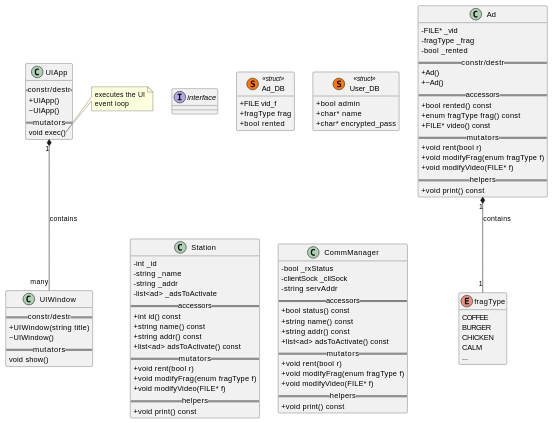
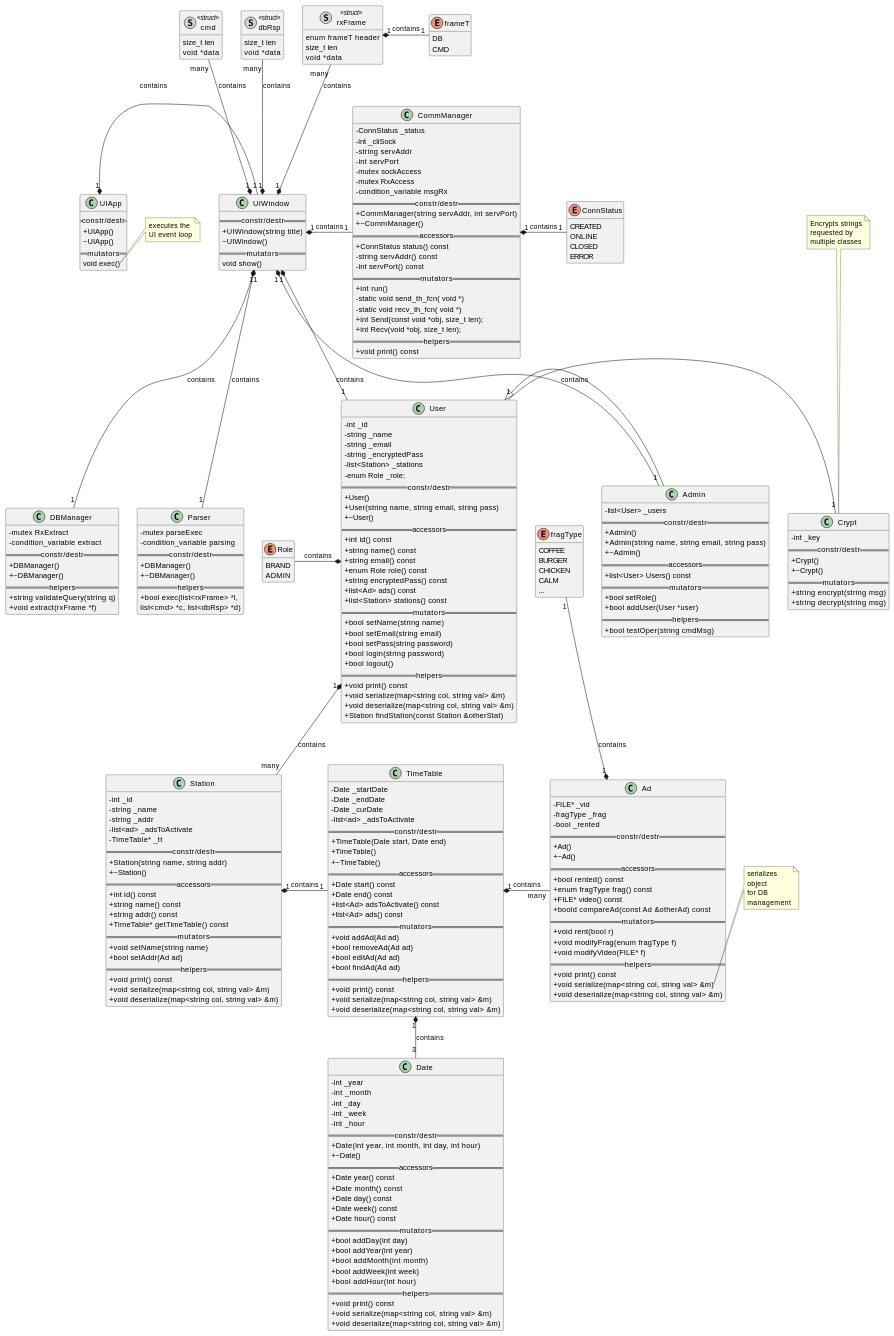
Before and after one commit to ElectroQuanta/MDO: diagram 57 of 59 in Proj/readme.org, drawn with PlantUML. The commit also changed 3 other files, not shown here.

```diff
--- a/Proj/readme.org
+++ b/Proj/readme.org
@@ -3440,14 +3440,39 @@
 '' --------------------------------------------------------------
 
 '' ------- defining elements --------
-interface       interface
-'' structures
-class Ad_DB <<(S,#FF7700)struct>>
-class User_DB <<(S,#FF7700)struct>>
+''interface       interface
+'' ------- structures
+''class Ad_DB <<(S,#FF7700)struct>>
+''class User_DB <<(S,#FF7700)struct>>
 ''class Station <<(S,#FF7700)struct>>
 hide <<struct>> methods
+hide enum methods
 ''hide <<struct>> circle
-hide enum methods
+''class Ad_DB {
+''+FILE vid_f
+''+fragType frag
+''+bool rented
+''}
+''
+''class User_DB{
+''+bool admin
+''+char* name
+''+char* encrypted_pass
+''}
+class rxFrame <<(S,lightgrey)struct>>{
+enum frameT header
+size_t len
+void *data
+}
+class dbRsp <<(S,lightgrey)struct>>{
+size_t len
+void *data
+}
+class cmd <<(S,lightgrey)struct>>{
+size_t len
+void *data
+}
+' ---------
 
 '' ------- enums
 enum fragType{
@@ -3457,21 +3482,25 @@
 CALM
 ...
 }
+''
+enum ConnStatus{
+CREATED
+ONLINE
+CLOSED
+ERROR
+}
+
+enum Role{
+BRAND
+ADMIN
+}
+
+enum frameT{
+DB
+CMD
+}
 '' ---------
 
-'' ------- structures
-class Ad_DB {
-+FILE vid_f
-+fragType frag
-+bool rented
-}
-''
-class User_DB{
-+bool admin
-+char* name
-+char* encrypted_pass
-}
-' ---------
 
 '' -------- Classes 
 '' APP
@@ -3487,8 +3516,8 @@
     void exec()
 }
     note right of UIApp::exec
-    executes the UI
-    event loop
+    executes the 
+    UI event loop
     end note
 class UIWindow{
     == constr/destr ==
@@ -3497,6 +3526,12 @@
     == mutators ==
     void show()
 }
+''class UIView{
+''}
+''note top of UIView
+''Specific for 
+''each UI view
+''end note
 
 '' AD
 class Ad {
@@ -3510,48 +3545,205 @@
   + bool rented() const
   + enum fragType frag() const
   + FILE* video() const
+  + boold compareAd(const Ad &otherAd) const
   == mutators ==
   + void rent(bool r)
   + void modifyFrag(enum fragType f)
   + void modifyVideo(FILE* f)
   == helpers ==
   + void print() const
+  + void serialize(map<string col, string val> &m) 
+  + void deserialize(map<string col, string val> &m) 
 }
+    note right of Ad::serialize
+	serializes 
+	object 
+	for DB 
+	management
+    end note
 '' STATION
 class Station{
   -int _id
   -string _name
   -string _addr
   -list<ad> _adsToActivate
+  -TimeTable* _tt
+  == constr/destr ==
+  +Station(string name, string addr)
+  +~Station()
   == accessors ==
   + int id() const
   + string name() const
   + string addr() const
-  + list<ad> adsToActivate() const
+  + TimeTable* getTimeTable() const
   == mutators ==
-  + void rent(bool r)
-  + void modifyFrag(enum fragType f)
-  + void modifyVideo(FILE* f)
+  + void setName(string name)
+  + bool setAddr(Ad ad)
+  == helpers ==
+  + void print() const
+  + void serialize(map<string col, string val> &m) 
+  + void deserialize(map<string col, string val> &m) 
+}
+'' Timetable (to check ad slots)
+class TimeTable{
+  -Date _startDate
+  -Date _endDate
+  -Date _curDate
+  -list<ad> _adsToActivate
+  == constr/destr ==
+  +TimeTable(Date start, Date end)
+  +TimeTable()
+  +~TimeTable()
+  == accessors ==
+  + Date start() const
+  + Date end() const
+  + list<Ad> adsToActivate() const
+  + list<Ad> ads() const
+  == mutators ==
+  + void addAd(Ad ad)
+  + bool removeAd(Ad ad)
+  + bool editAd(Ad ad)
+  + bool findAd(Ad ad)
+  == helpers ==
+  + void print() const
+  + void serialize(map<string col, string val> &m) 
+  + void deserialize(map<string col, string val> &m) 
+}
+'' Date
+class Date{
+  - int _year
+  - int _month
+  - int _day
+  - int _week
+  - int _hour
+  == constr/destr ==
+  +Date(int year, int month, int day, int hour)
+  +~Date()
+  == accessors ==
+  + Date year() const
+  + Date month() const
+  + Date day() const
+  + Date week() const
+  + Date hour() const
+  == mutators ==
+  + bool addDay(int day)
+  + bool addYear(int year)
+  + bool addMonth(int month)
+  + bool addWeek(int week)
+  + bool addHour(int hour)
+  == helpers ==
+  + void print() const
+  + void serialize(map<string col, string val> &m) 
+  + void deserialize(map<string col, string val> &m) 
+}
+'' User
+class User{
+  -int _id
+  -string _name
+  -string _email
+  -string _encryptedPass
+  -list<Station> _stations
+  -enum Role _role;
+  == constr/destr ==
+  +User()
+  +User(string name, string email, string pass)
+  +~User()
+  == accessors ==
+  + int id() const
+  + string name() const
+  + string email() const
+  + enum Role role() const
+  + string encryptedPass() const
+  + list<Ad> ads() const
+  + list<Station> stations() const
+  == mutators ==
+  + bool setName(string name)
+  + bool setEmail(string email)
+  + bool setPass(string password)
+  + bool login(string password)
+  + bool logout()
+  == helpers ==
+  + void print() const
+  + void serialize(map<string col, string val> &m) 
+  + void deserialize(map<string col, string val> &m) 
+  + Station findStation(const Station &otherStat)
+}
+class Admin{
+  -list<User> _users
+  == constr/destr ==
+  +Admin()
+  +Admin(string name, string email, string pass)
+  +~Admin()
+  == accessors ==
+  + list<User> Users() const
+  == mutators ==
+  + bool setRole()
+  + bool addUser(User *user)
+  == helpers ==
+  + bool testOper(string cmdMsg)
+}
+'' Crypt
+class Crypt{
+  -int _key
+  == constr/destr ==
+  +Crypt()
+  +~Crypt()
+  == mutators ==
+  + string encrypt(string msg)
+  + string decrypt(string msg)
+}
+note top of Crypt
+Encrypts strings
+requested by
+multiple classes
+end note
+'' COMM MANAGER
+class CommManager{
+  -ConnStatus _status
+  -int _cliSock
+  -string servAddr
+  -int servPort
+  -mutex sockAccess
+  -mutex RxAccess
+  -condition_variable msgRx
+  == constr/destr ==
+  +CommManager(string servAddr, int servPort)
+  +~CommManager()
+  == accessors ==
+  + ConnStatus status() const
+  - string servAddr() const
+  - int servPort() const
+  == mutators ==
+  + int run()
+  - static void send_th_fcn( void *)
+  - static void recv_th_fcn( void *)
+  + int Send(const void *obj, size_t len);
+  + int Recv(void *obj, size_t len);
   == helpers ==
   + void print() const
 }
-'' COMM MANAGER
-class CommManager{
-  -bool _rxStatus
-  -clientSock _cliSock
-  -string servAddr
-  == accessors ==
-  + bool status() const
-  + string name() const
-  + string addr() const
-  + list<ad> adsToActivate() const
-  == mutators ==
-  + void rent(bool r)
-  + void modifyFrag(enum fragType f)
-  + void modifyVideo(FILE* f)
+'' DB Manager
+class DBManager{
+  -mutex RxExtract
+  -condition_variable extract
+  == constr/destr ==
+  +DBManager()
+  +~DBManager()
   == helpers ==
-  + void print() const
+  + string validateQuery(string q)
+  + void extract(rxFrame *f)
 }
+class Parser{
+  -mutex parseExec
+  -condition_variable parsing
+  == constr/destr ==
+  +DBManager()
+  +~DBManager()
+  == helpers ==
+  + bool exec(list<rxFrame> *l, 
+      list<cmd> *c, list<dbRsp> *d)
+}
+
 '' ----------------
 
 '' ----------- Containers
@@ -3566,8 +3758,26 @@
 '' - extension (inheritance):   <|--
 '' - composition: *--
 '' - Aggregation: o--
-Ad "1" *-- "1" fragType: contains
-UIApp "1" *-- "many" UIWindow: contains
+Ad "1" *-u- "1" fragType: contains
+UIApp "1" *- "1" UIWindow: contains
+UIWindow "1" *- "1" CommManager: contains
+UIWindow "1" *-- "1" DBManager: contains
+UIWindow "1" *-- "1" User: contains
+UIWindow "1" *-- "1" Admin: contains
+CommManager "1" *- "1" ConnStatus: contains
+User "1" *-- "many" Station: contains
+Station "1" *- "1" TimeTable: contains
+TimeTable "1" *- "many" Ad: contains
+TimeTable "1" *-- "3" Date: contains
+Admin -l-|> User
+User *-l- Role: contains
+User "1" - "1" Crypt
+UIWindow "1" *-- "1" Parser: contains
+rxFrame "1" *- "1" frameT: contains
+UIWindow "1" *-u- "many" rxFrame: contains
+UIWindow "1" *-u- "many" dbRsp: contains
+UIWindow "1" *-u- "many" cmd: contains
+''UIView <|-- UIWindow: inherits
 
 '' ------------------------------
 
```
